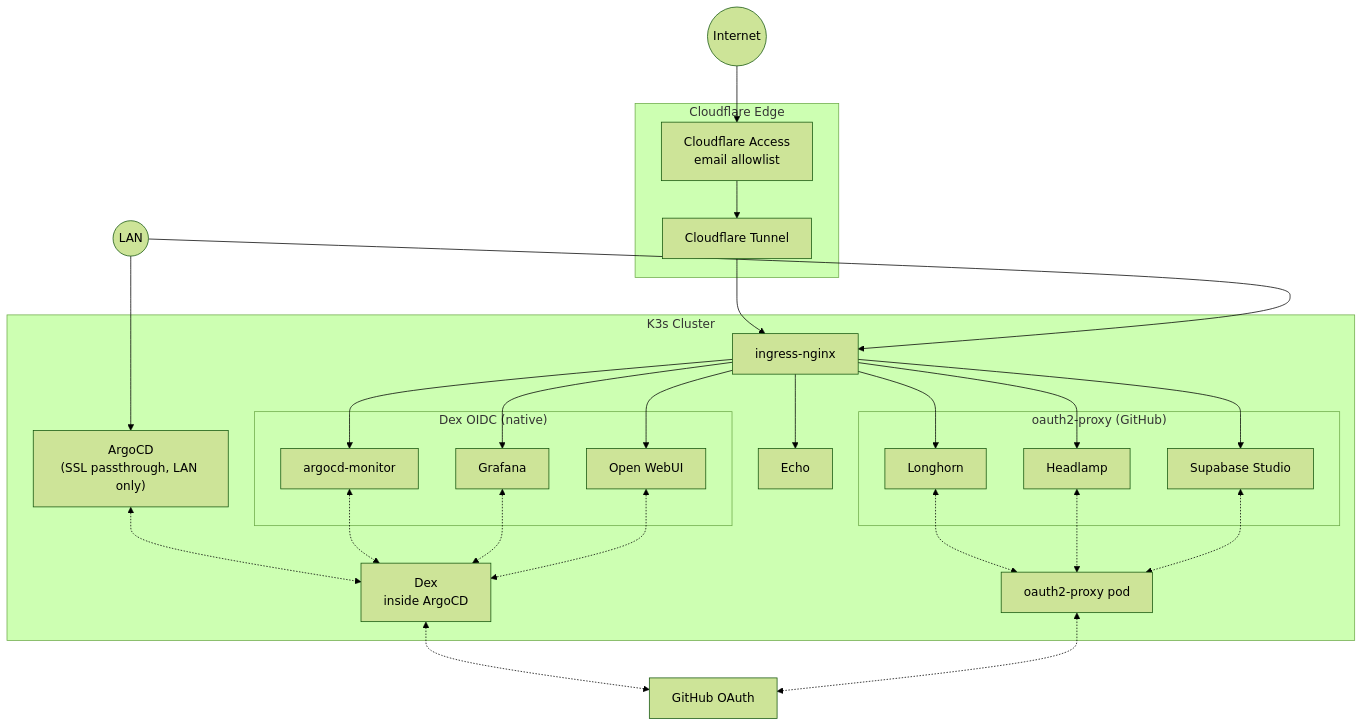
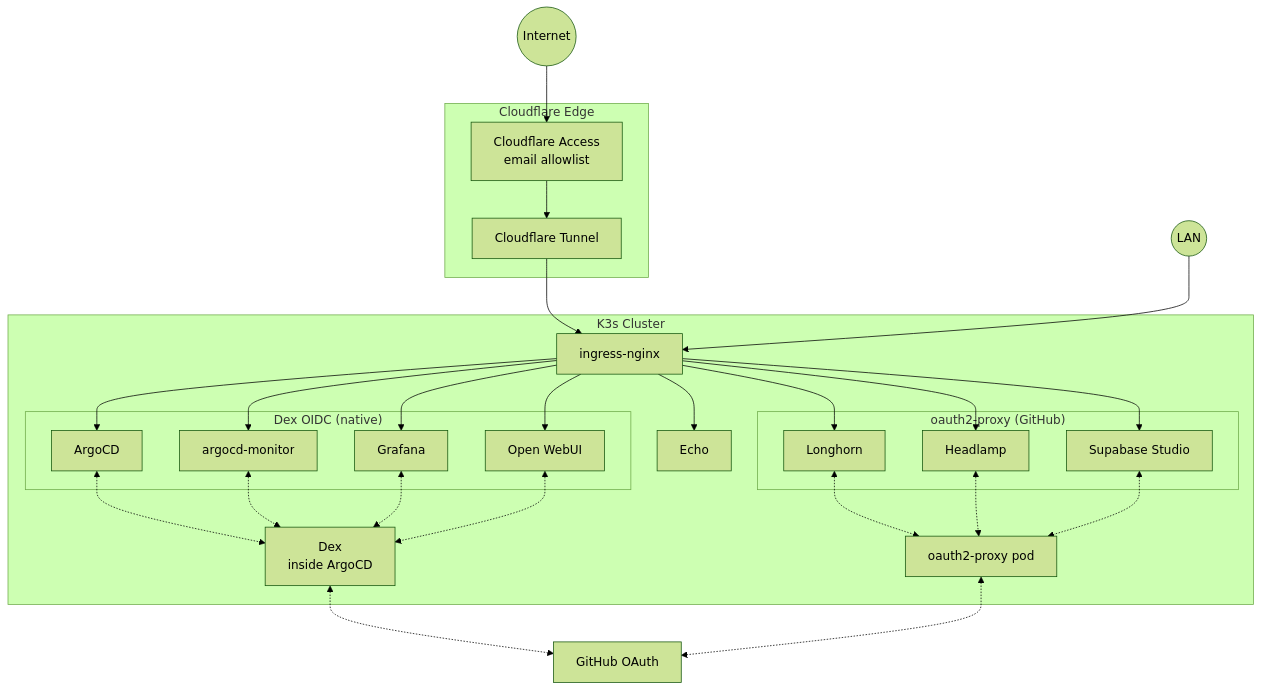
One commit to gilesknap/tpi-k3s-ansible changed the sixth of 6 diagrams in docs/explanations/authentication.md. Above: the diagram before and after it, drawn with Mermaid (forest theme). The commit also changed other lines of this file and 11 other files, not shown here.

````diff
--- a/docs/explanations/authentication.md
+++ b/docs/explanations/authentication.md
@@ -243,57 +240,57 @@
 ```{mermaid}
 flowchart TB
     Internet((Internet))
     LAN((LAN))
 
     subgraph Cloudflare["Cloudflare Edge"]
         CFA[Cloudflare Access<br/>email allowlist]
         CFT[Cloudflare Tunnel]
     end
 
     subgraph Cluster["K3s Cluster"]
         NGINX[ingress-nginx]
 
         subgraph DexAuth["Dex OIDC (native)"]
+            ArgoCD
             Monitor[argocd-monitor]
             Grafana
             OpenWebUI[Open WebUI]
         end
 
         subgraph ProxyAuth["oauth2-proxy (GitHub)"]
             Longhorn
             Headlamp
             Supabase[Supabase Studio]
         end
 
-        ArgoCD["ArgoCD<br/>(SSL passthrough, LAN only)"]
         Echo
 
         OAP[oauth2-proxy pod]
         DexPod[Dex<br/>inside ArgoCD]
     end
 
     GH[GitHub OAuth]
 
     Internet --> CFA --> CFT --> NGINX
     LAN --> NGINX
-    LAN --> ArgoCD
 
+    NGINX --> ArgoCD
     NGINX --> Monitor
     NGINX --> Grafana
     NGINX --> OpenWebUI
     NGINX --> Longhorn
     NGINX --> Headlamp
     NGINX --> Supabase
     NGINX --> Echo
 
     ArgoCD <-.-> DexPod
     Monitor <-.-> DexPod
     Grafana <-.-> DexPod
     OpenWebUI <-.-> DexPod
     Longhorn <-.-> OAP
     Headlamp <-.-> OAP
     Supabase <-.-> OAP
 
     DexPod <-.-> GH
     OAP <-.-> GH
 ```
````
